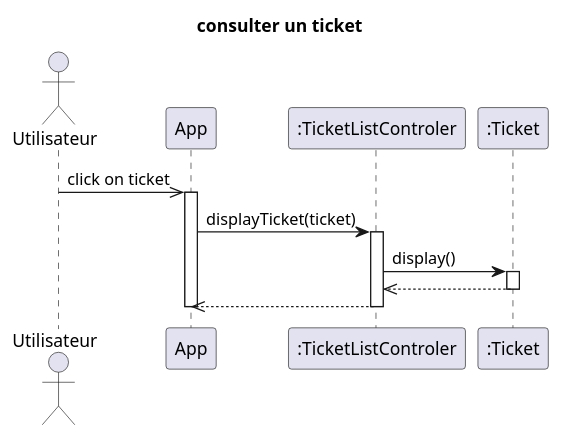
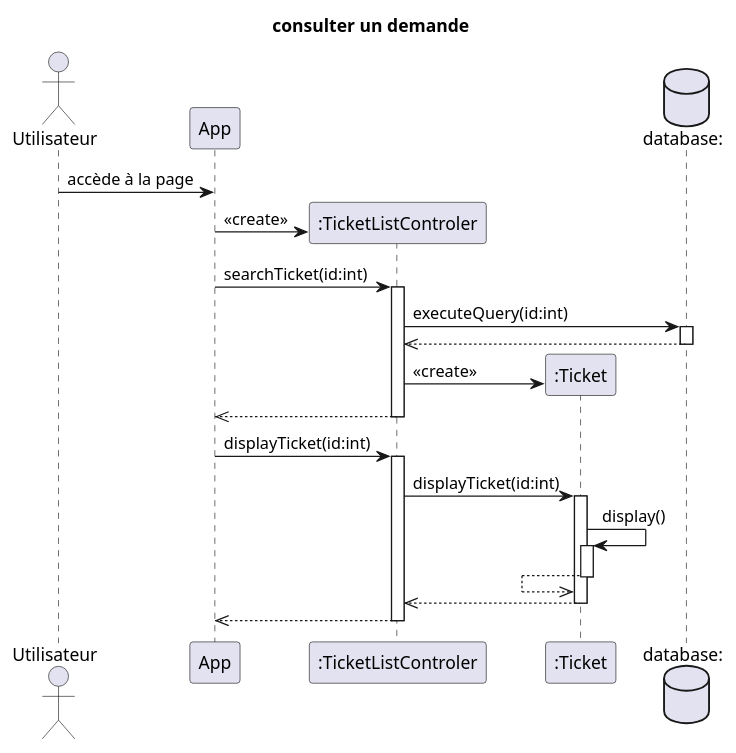
The diagram in docs/UML/consulter un ticket.puml (dorianleveque/CoHub), drawn with PlantUML before and after one commit. The commit also changed 1 other file, not shown here.

Commit message:
update diagrammes de consultations

```diff
--- a/docs/UML/consulter un ticket.puml
+++ b/docs/UML/consulter un ticket.puml
@@ -1,26 +1,41 @@
-@startuml consulter un ticket
-title consulter un ticket
+@startuml consulter une demande
+title consulter un demande
 
 actor client as "Utilisateur" order 1 
 participant app as "App" order 2 
-participant tlc as ":TicketListControler" order 3
-participant ticket as ":Ticket" order 4
+database bdd as "database:"  order 5
 
-client ->> app: click on ticket
-activate app
-app -> tlc: displayTicket(ticket)
+client -> app :accède à la page
+create tlc as ":TicketListControler" order 3
+app -> tlc : <<create>>
+
+app -> tlc : searchTicket(id:int) 
 activate tlc
-tlc -> ticket: display()
-activate ticket
-tlc <<-- ticket
-deactivate ticket
+tlc -> bdd : executeQuery(id:int)
+activate bdd
+tlc <<-- bdd
+deactivate bdd
+
+create ticket as ":Ticket" order 4
+tlc -> ticket : <<create>>
 app <<-- tlc
 deactivate tlc
-deactivate app
 
+app -> tlc : displayTicket(id:int)
+activate tlc
 
+tlc -> ticket : displayTicket(id:int)
+activate ticket
+ticket -> ticket: display()
+activate ticket
+ticket <<-- ticket
+deactivate ticket
 
+tlc <<-- ticket: 
+deactivate ticket
 
+app <<-- tlc
+deactivate tlc
 
 
 @enduml
```
